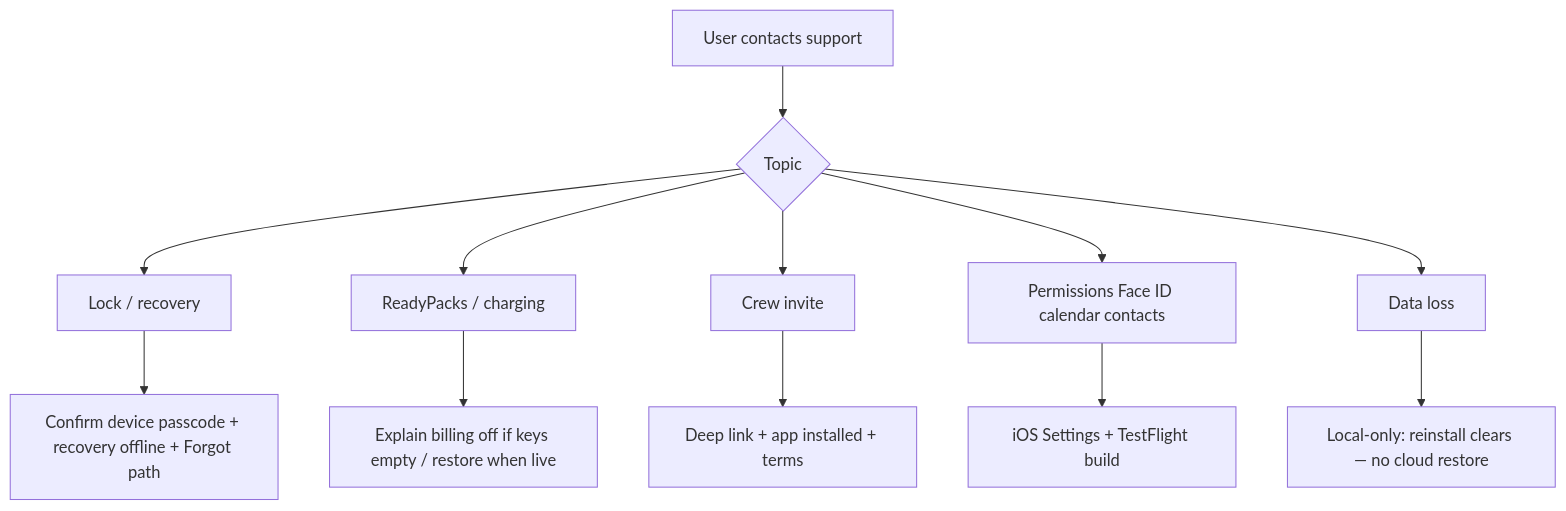
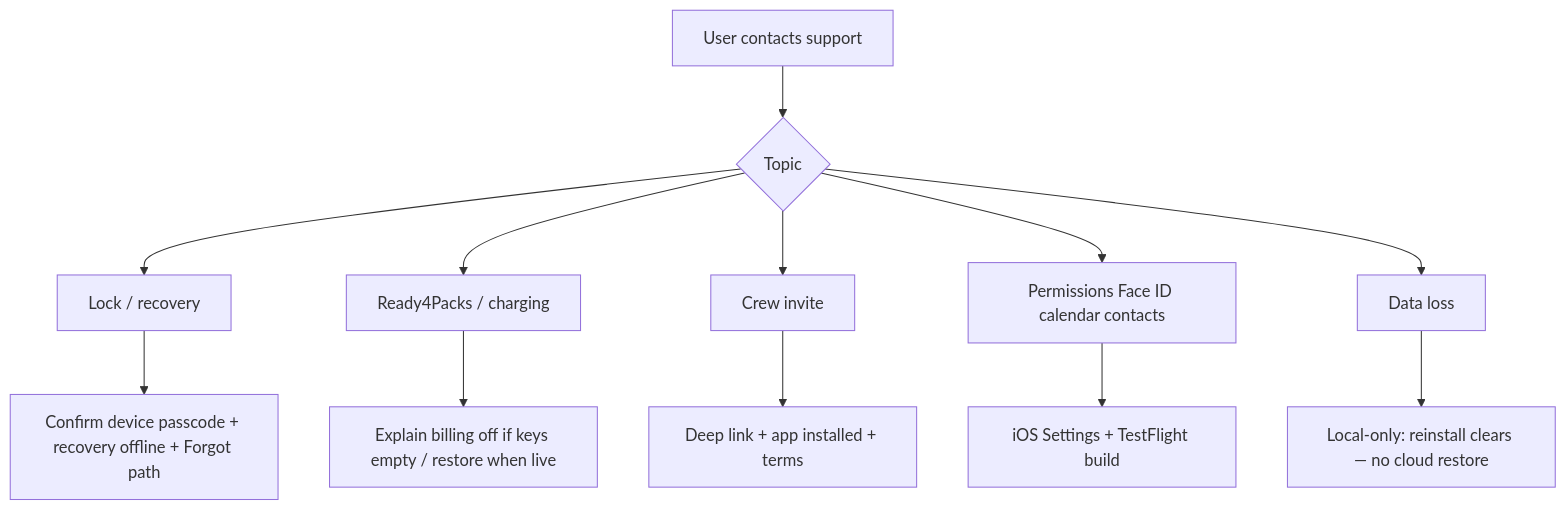
Before and after one commit to HCFC-CS/nudgemeready: diagram 12 of 13 in docs/product/04-Process_Flows.md, drawn with Mermaid. The commit also changed other lines of this file and 61 other files, not shown here.

First line of the commit message:
Rename user-facing packs to Ready4 and the shop to Ready4Packs.

````diff
--- a/docs/product/04-Process_Flows.md
+++ b/docs/product/04-Process_Flows.md
@@ -212,14 +212,14 @@
 ```mermaid
 flowchart TD
   A[User contacts support] --> B{Topic}
   B --> C[Lock / recovery]
-  B --> D[ReadyPacks / charging]
+  B --> D[Ready4Packs / charging]
   B --> E[Crew invite]
   B --> F[Permissions Face ID calendar contacts]
   B --> G[Data loss]
   C --> C1[Confirm device passcode + recovery offline + Forgot path]
   D --> D1[Explain billing off if keys empty / restore when live]
   E --> E1[Deep link + app installed + terms]
   F --> F1[iOS Settings + TestFlight build]
   G --> G1[Local-only: reinstall clears — no cloud restore]
 ```
````
